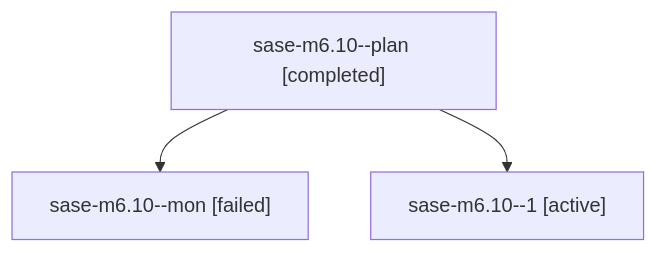
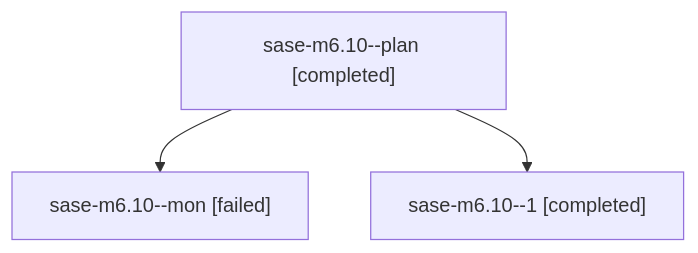
Before and after one commit to sase-org/sase--agents: the diagram in families/bbugyi200.athena.sase-m6.10.md, drawn with Mermaid. The commit also changed other lines of this file and 107 other files, not shown here.

````diff
--- a/families/bbugyi200.athena.sase-m6.10.md
+++ b/families/bbugyi200.athena.sase-m6.10.md
@@ -9,8 +9,8 @@
 ```mermaid
 flowchart TD
   n0["sase-m6.10--plan [completed]"]
   n1["sase-m6.10--mon [failed]"]
   n0 --> n1
-  n2["sase-m6.10--1 [active]"]
+  n2["sase-m6.10--1 [completed]"]
   n0 --> n2
 ```
````
